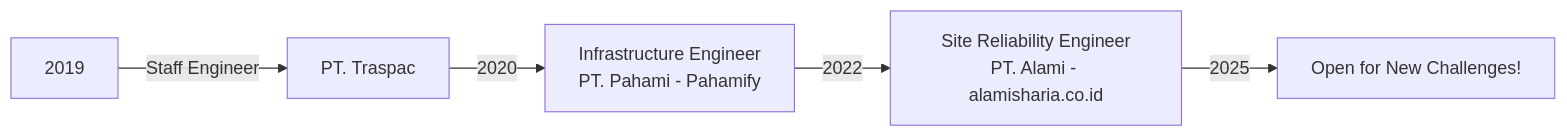
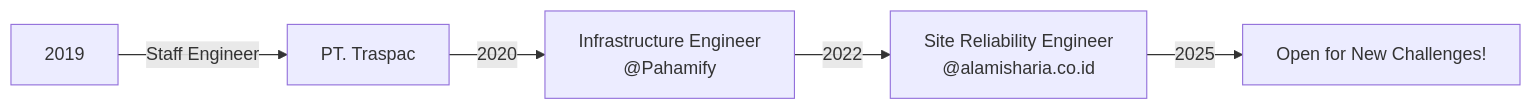
The diagram in README.md (abdullahainun/abdullahainun), drawn with Mermaid before and after one commit.

Commit message:
Update README.md
update company name

````diff
--- a/README.md
+++ b/README.md
@@ -18,7 +18,7 @@
 ```mermaid
 graph LR
     A[2019] -->|Staff Engineer| B[PT. Traspac]
-    B --> |2020| C[Infrastructure Engineer<br/>PT. Pahami - Pahamify]
-    C --> |2022| D[Site Reliability Engineer<br/>PT. Alami - alamisharia.co.id]
+    B --> |2020| C[Infrastructure Engineer<br/> @Pahamify]
+    C --> |2022| D[Site Reliability Engineer<br/> @alamisharia.co.id]
     D --> |2025| E[Open for New Challenges!]
 ```
````
